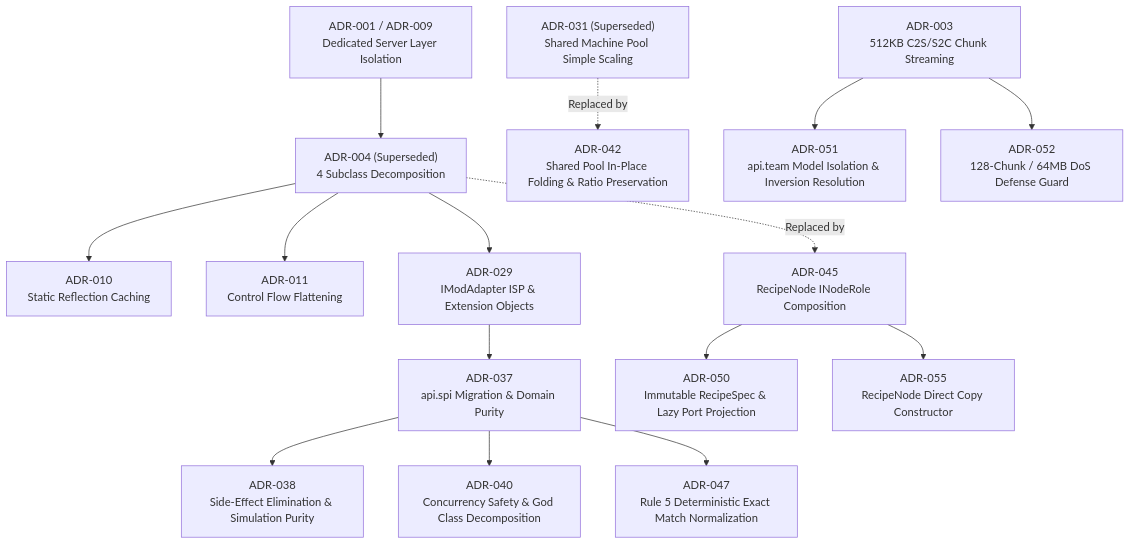
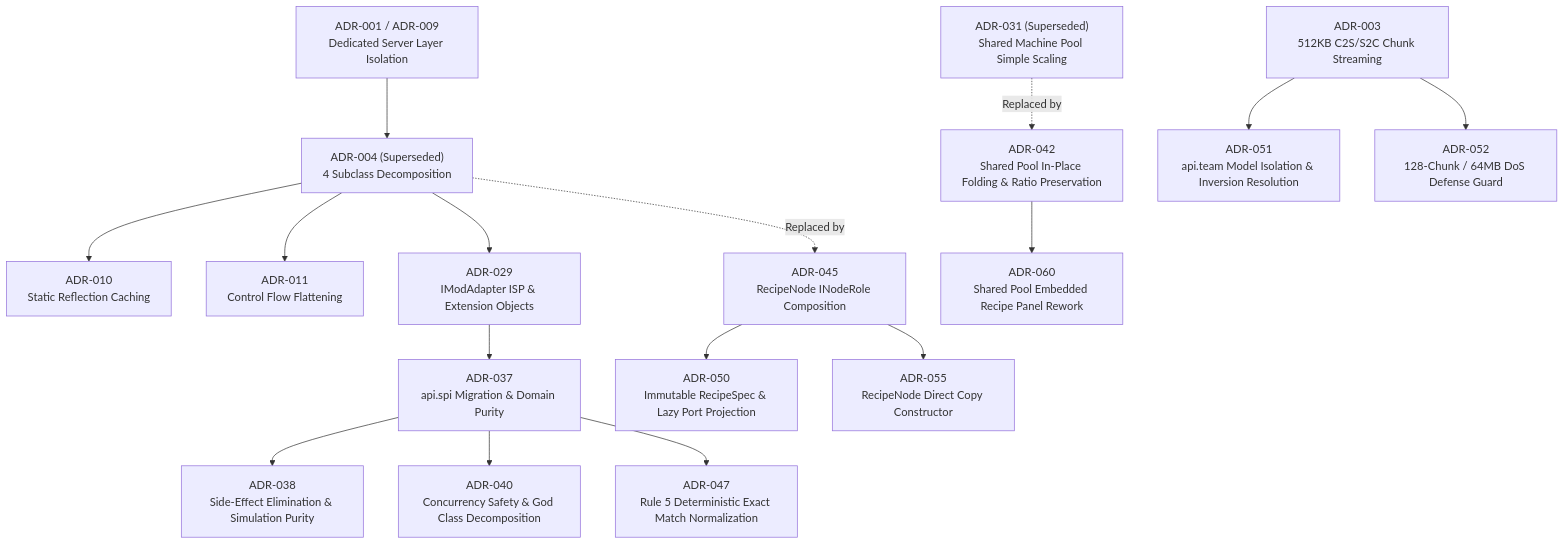
One commit to Amvermain/GregTechCalculatorBoard changed the fourth of 4 diagrams in docs/adr/README_EN.md. Above: the diagram before and after it, drawn with Mermaid. The commit also changed other lines of this file and 212 other files, not shown here.

````diff
--- a/docs/adr/README_EN.md
+++ b/docs/adr/README_EN.md
@@ -80,17 +85,18 @@
 ```mermaid
 flowchart TD
     ADR001["ADR-001 / ADR-009<br/>Dedicated Server Layer Isolation"] --> ADR004["ADR-004 (Superseded)<br/>4 Subclass Decomposition"]
     ADR004 --> ADR010["ADR-010<br/>Static Reflection Caching"]
     ADR004 --> ADR011["ADR-011<br/>Control Flow Flattening"]
     ADR004 --> ADR029["ADR-029<br/>IModAdapter ISP & Extension Objects"]
     ADR029 --> ADR037["ADR-037<br/>api.spi Migration & Domain Purity"]
     ADR037 --> ADR038["ADR-038<br/>Side-Effect Elimination & Simulation Purity"]
     ADR037 --> ADR040["ADR-040<br/>Concurrency Safety & God Class Decomposition"]
     ADR037 --> ADR047["ADR-047<br/>Rule 5 Deterministic Exact Match Normalization"]
     ADR004 -.->|Replaced by| ADR045["ADR-045<br/>RecipeNode INodeRole Composition"]
     ADR045 --> ADR050["ADR-050<br/>Immutable RecipeSpec & Lazy Port Projection"]
     ADR045 --> ADR055["ADR-055<br/>RecipeNode Direct Copy Constructor"]
     ADR031["ADR-031 (Superseded)<br/>Shared Machine Pool Simple Scaling"] -.->|Replaced by| ADR042["ADR-042<br/>Shared Pool In-Place Folding & Ratio Preservation"]
+    ADR042 --> ADR060["ADR-060<br/>Shared Pool Embedded Recipe Panel Rework"]
     ADR003["ADR-003<br/>512KB C2S/S2C Chunk Streaming"] --> ADR051["ADR-051<br/>api.team Model Isolation & Inversion Resolution"]
     ADR003 --> ADR052["ADR-052<br/>128-Chunk / 64MB DoS Defense Guard"]
 ```
````
